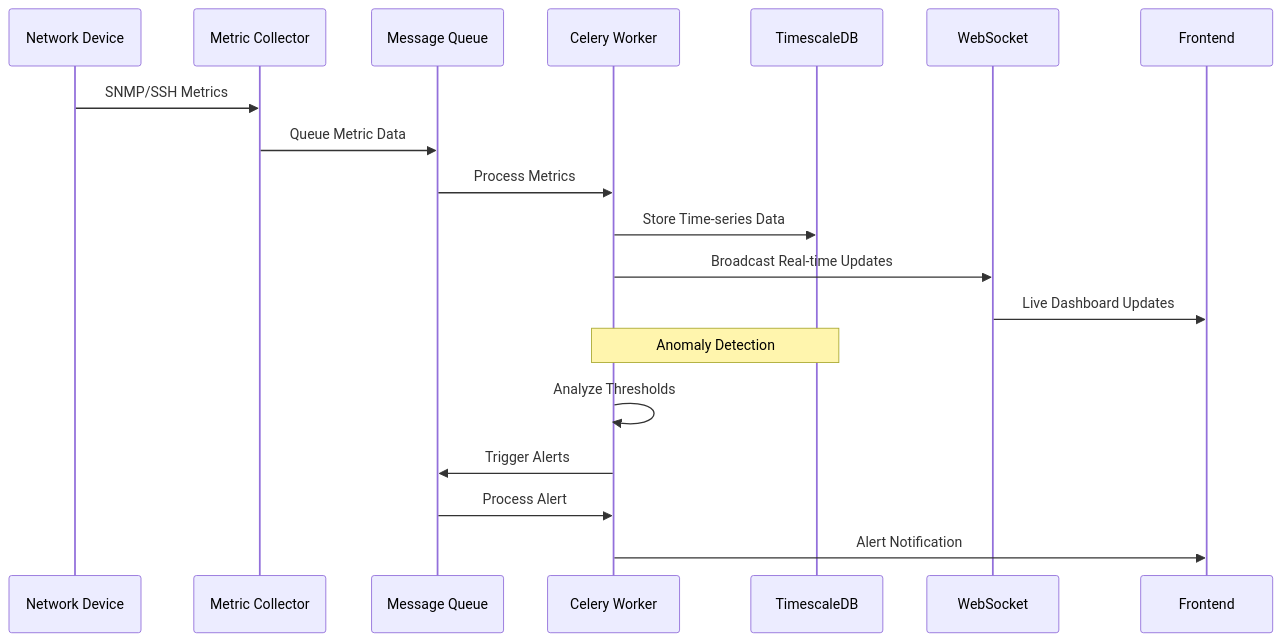
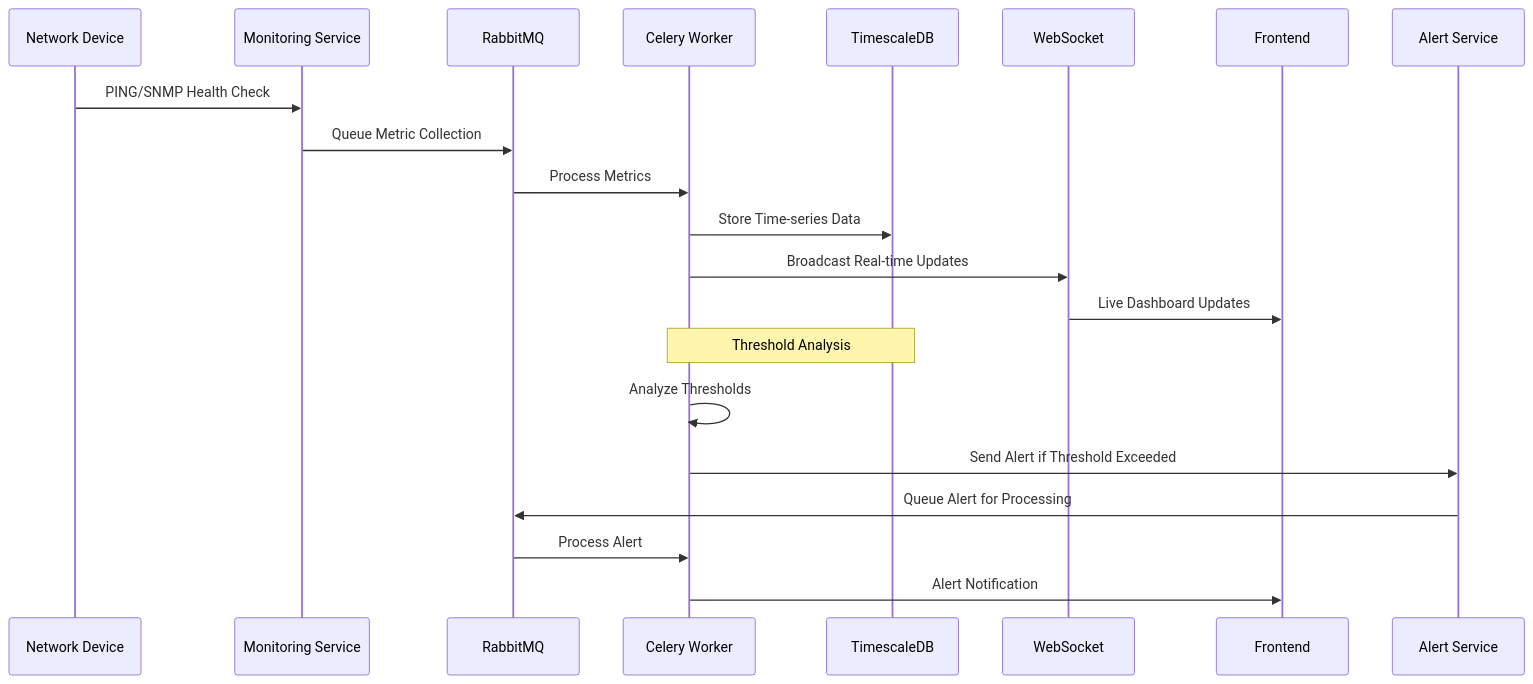
Before and after one commit to Code-Savanna/netpulse: the ninth of 17 diagrams in ARCHITECTURE.md, drawn with Mermaid. The commit also changed other lines of this file and 4 other files, not shown here.

First line of the commit message:
docs: Update documentation for microservices architecture

````diff
--- a/ARCHITECTURE.md
+++ b/ARCHITECTURE.md
@@ -255,23 +546,25 @@
 ```mermaid
 sequenceDiagram
     participant Device as Network Device
-    participant Collector as Metric Collector
-    participant Queue as Message Queue
+    participant Monitor as Monitoring Service
+    participant Queue as RabbitMQ
     participant Worker as Celery Worker
     participant DB as TimescaleDB
     participant WS as WebSocket
     participant Client as Frontend
+    participant Alert as Alert Service
     
-    Device->>Collector: SNMP/SSH Metrics
-    Collector->>Queue: Queue Metric Data
+    Device->>Monitor: PING/SNMP Health Check
+    Monitor->>Queue: Queue Metric Collection
     Queue->>Worker: Process Metrics
     Worker->>DB: Store Time-series Data
     Worker->>WS: Broadcast Real-time Updates
     WS->>Client: Live Dashboard Updates
     
-    Note over Worker,DB: Anomaly Detection
+    Note over Worker,DB: Threshold Analysis
     Worker->>Worker: Analyze Thresholds
-    Worker->>Queue: Trigger Alerts
+    Worker->>Alert: Send Alert if Threshold Exceeded
+    Alert->>Queue: Queue Alert for Processing
     Queue->>Worker: Process Alert
     Worker->>Client: Alert Notification
 ```
````
